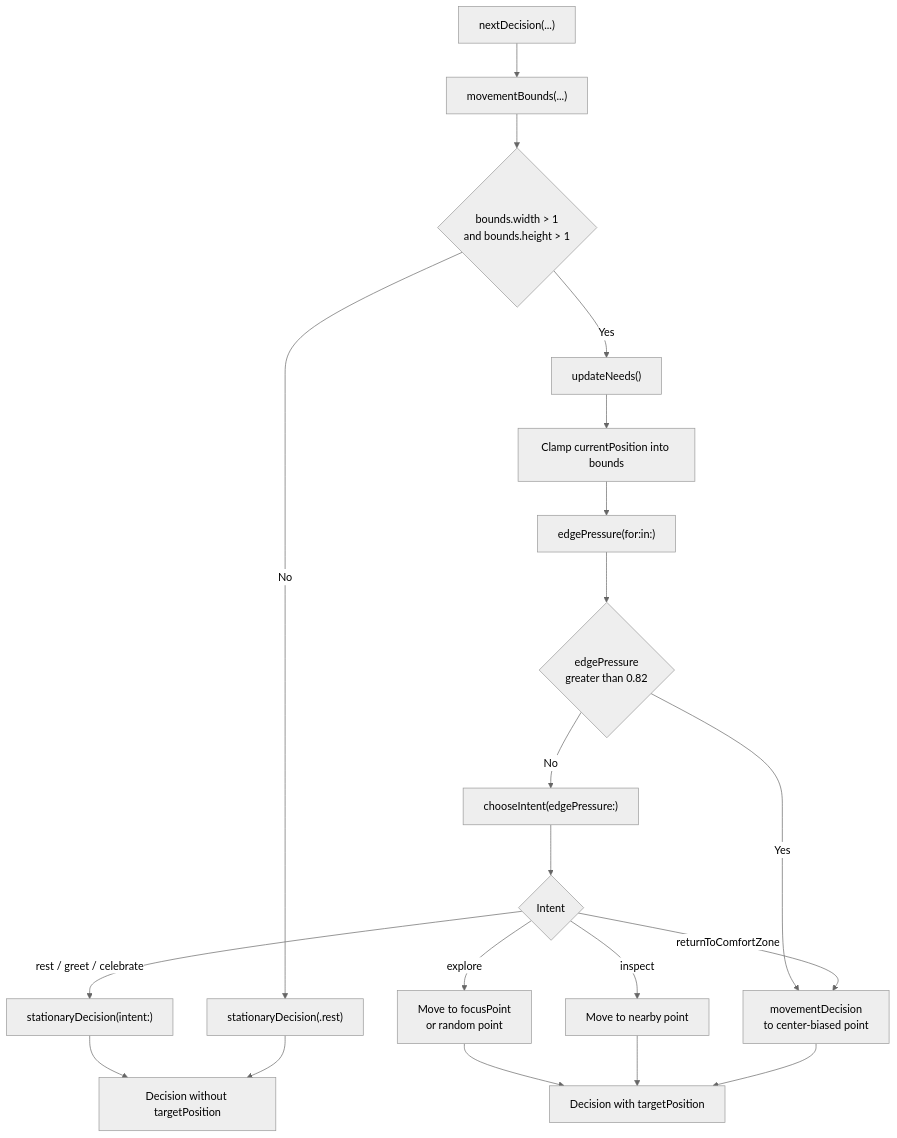
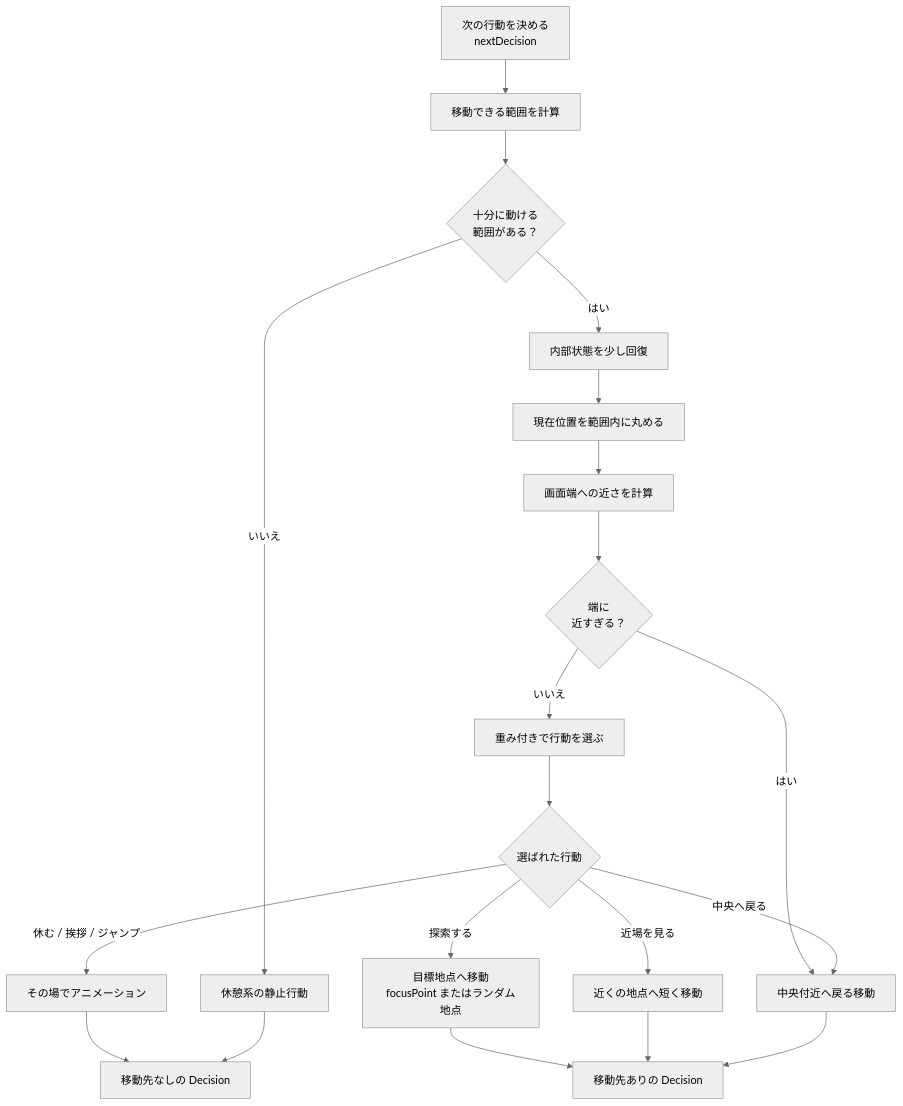
Before and after one commit to shiroemons/codex-pet-watch-sprite: the second of 3 diagrams in docs/BehaviorEngine.md, drawn with Mermaid (neutral theme). The commit also changed other lines of this file, not shown here.

Commit message:
docs: localize behavior engine diagrams

````diff
--- a/docs/BehaviorEngine.md
+++ b/docs/BehaviorEngine.md
@@ -120,22 +124,22 @@
 ```mermaid
 flowchart TD
-    Start["nextDecision(...)"] --> Bounds["movementBounds(...)"]
-    Bounds --> BoundsValid{"bounds.width > 1<br/>and bounds.height > 1"}
-    BoundsValid -->|No| Rest["stationaryDecision(.rest)"]
-    BoundsValid -->|Yes| Needs["updateNeeds()"]
-    Needs --> Clamp["Clamp currentPosition into bounds"]
-    Clamp --> Edge["edgePressure(for:in:)"]
-    Edge --> TooClose{"edgePressure<br/>greater than 0.82"}
-    TooClose -->|Yes| ReturnMove["movementDecision<br/>to center-biased point"]
-    TooClose -->|No| Choose["chooseIntent(edgePressure:)"]
-    Choose --> Intent{"Intent"}
-    Intent -->|returnToComfortZone| ReturnMove
-    Intent -->|explore| Explore["Move to focusPoint<br/>or random point"]
-    Intent -->|inspect| Inspect["Move to nearby point"]
-    Intent -->|rest / greet / celebrate| Stationary["stationaryDecision(intent:)"]
-    Explore --> MoveDecision["Decision with targetPosition"]
+    Start["次の行動を決める<br/>nextDecision"] --> Bounds["移動できる範囲を計算"]
+    Bounds --> BoundsValid{"十分に動ける<br/>範囲がある？"}
+    BoundsValid -->|いいえ| Rest["休憩系の静止行動"]
+    BoundsValid -->|はい| Needs["内部状態を少し回復"]
+    Needs --> Clamp["現在位置を範囲内に丸める"]
+    Clamp --> Edge["画面端への近さを計算"]
+    Edge --> TooClose{"端に<br/>近すぎる？"}
+    TooClose -->|はい| ReturnMove["中央付近へ戻る移動"]
+    TooClose -->|いいえ| Choose["重み付きで行動を選ぶ"]
+    Choose --> Intent{"選ばれた行動"}
+    Intent -->|中央へ戻る| ReturnMove
+    Intent -->|探索する| Explore["目標地点へ移動<br/>focusPoint またはランダム地点"]
+    Intent -->|近場を見る| Inspect["近くの地点へ短く移動"]
+    Intent -->|休む / 挨拶 / ジャンプ| Stationary["その場でアニメーション"]
+    Explore --> MoveDecision["移動先ありの Decision"]
     Inspect --> MoveDecision
     ReturnMove --> MoveDecision
-    Stationary --> StillDecision["Decision without targetPosition"]
+    Stationary --> StillDecision["移動先なしの Decision"]
     Rest --> StillDecision
 ```
````
